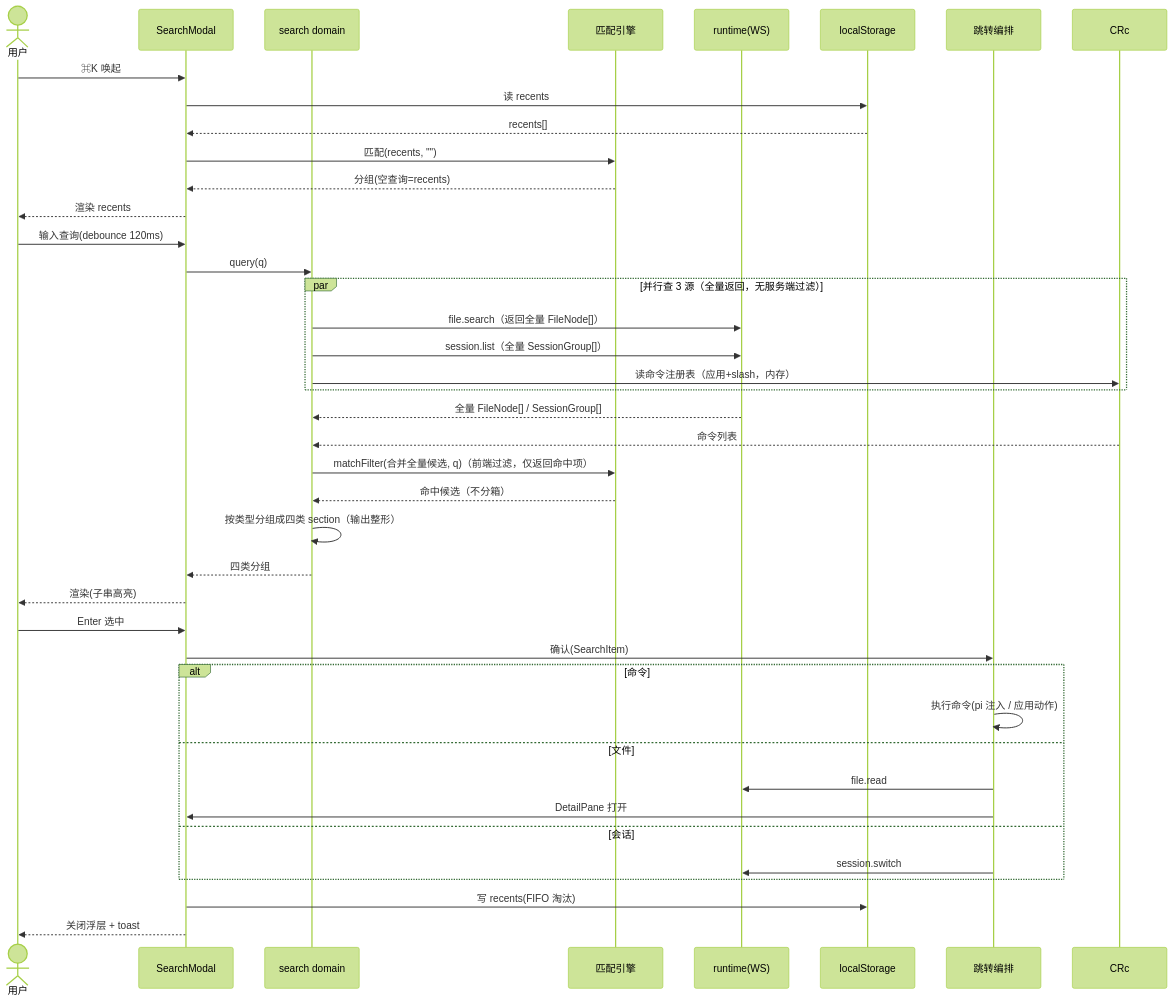
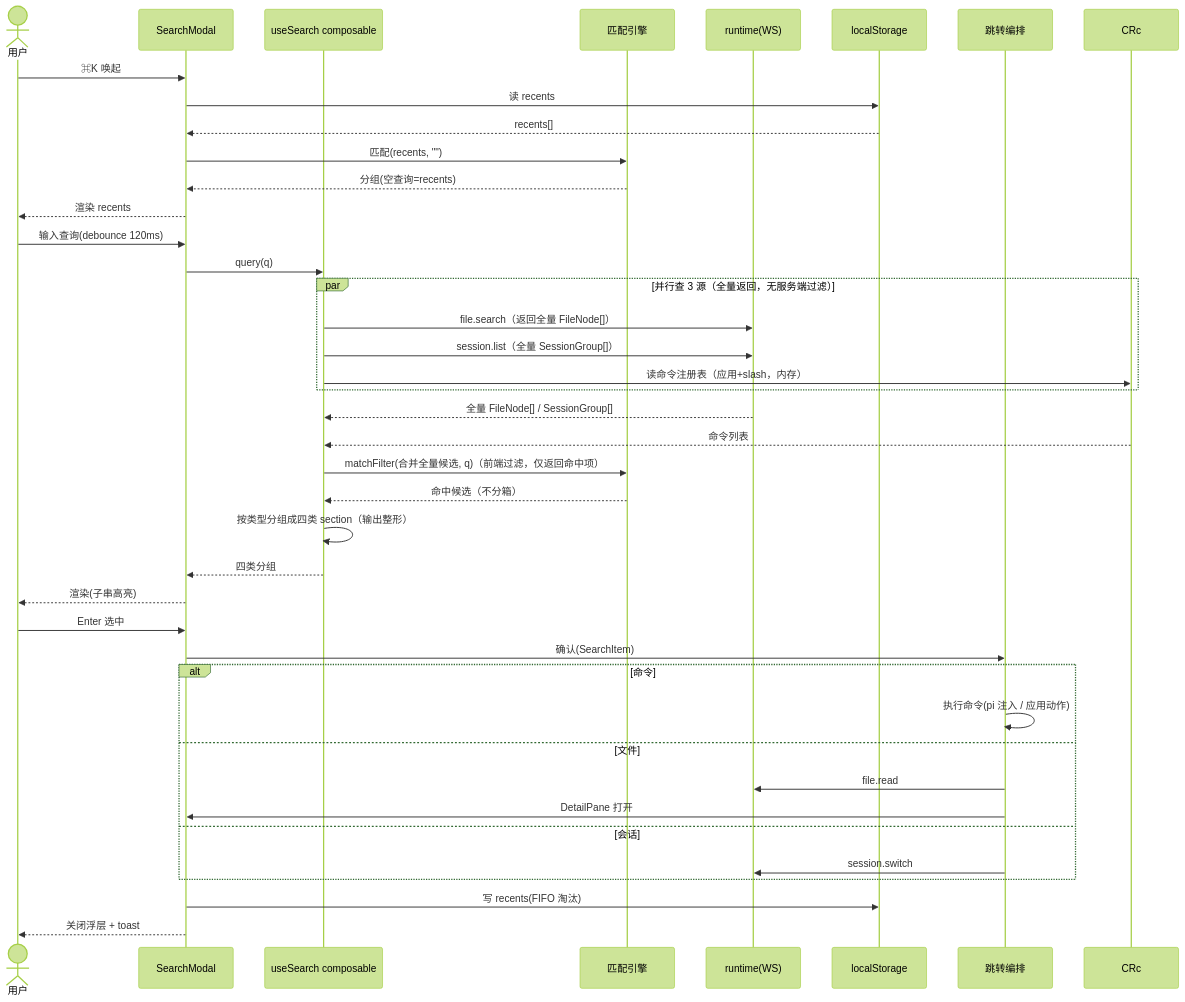
The fifth of 5 diagrams in .xyz-harness/2026-06-30-search-modal/system-architecture.md (zhushanwen321/xyz-agent), drawn with Mermaid (forest theme) before and after one commit. The commit also changed other lines of this file and 42 other files, not shown here.

````diff
--- a/.xyz-harness/2026-06-30-search-modal/system-architecture.md
+++ b/.xyz-harness/2026-06-30-search-modal/system-architecture.md
@@ -242,45 +242,45 @@
 ```mermaid
 sequenceDiagram
     actor U as 用户
     participant SM as SearchModal
-    participant SD as search domain
+    participant SD as useSearch composable
     participant ME as 匹配引擎
     participant RT as runtime(WS)
     participant LS as localStorage
     participant JO as 跳转编排
 
     U->>SM: ⌘K 唤起
     SM->>LS: 读 recents
     LS-->>SM: recents[]
     SM->>ME: 匹配(recents, "")
     ME-->>SM: 分组(空查询=recents)
     SM-->>U: 渲染 recents
 
     U->>SM: 输入查询(debounce 120ms)
     SM->>SD: query(q)
     par 并行查 3 源（全量返回，无服务端过滤）
         SD->>RT: file.search（返回全量 FileNode[]）
         SD->>RT: session.list（全量 SessionGroup[]）
         SD->>CRc: 读命令注册表（应用+slash，内存）
     end
     RT-->>SD: 全量 FileNode[] / SessionGroup[]
     CRc-->>SD: 命令列表
     SD->>ME: matchFilter(合并全量候选, q)（前端过滤，仅返回命中项）
     ME-->>SD: 命中候选（不分箱）
     SD->>SD: 按类型分组成四类 section（输出整形）
     SD-->>SM: 四类分组
     SM-->>U: 渲染(子串高亮)
 
     U->>SM: Enter 选中
     SM->>JO: 确认(SearchItem)
     alt 命令
         JO->>JO: 执行命令(pi 注入 / 应用动作)
     else 文件
         JO->>RT: file.read
         JO->>SM: DetailPane 打开
     else 会话
         JO->>RT: session.switch
     end
     SM->>LS: 写 recents(FIFO 淘汰)
     SM-->>U: 关闭浮层 + toast
 ```
````
